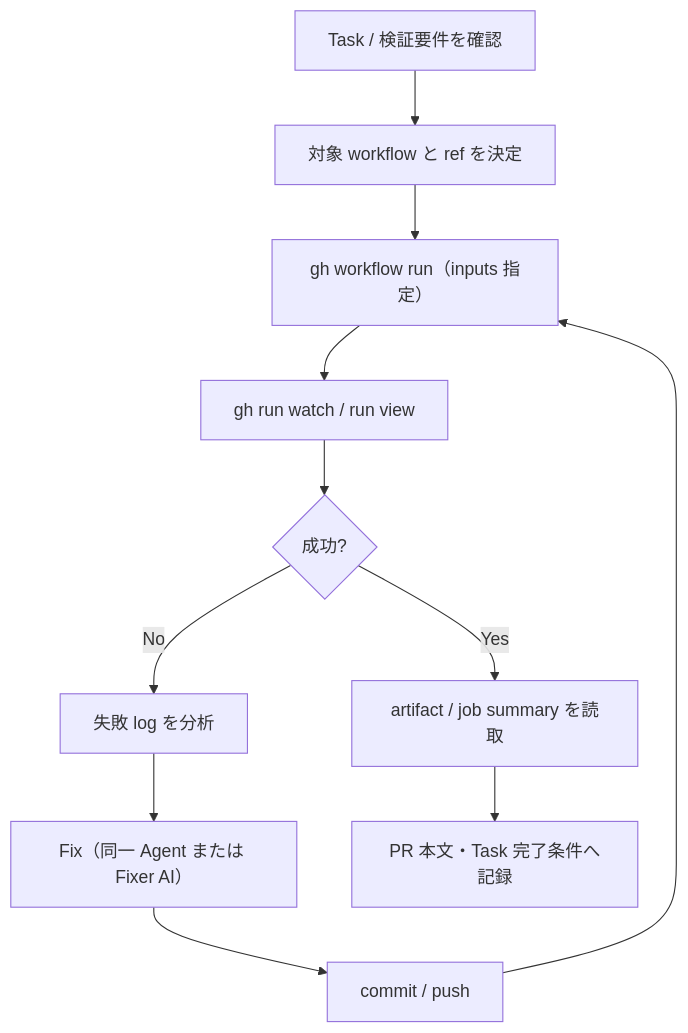
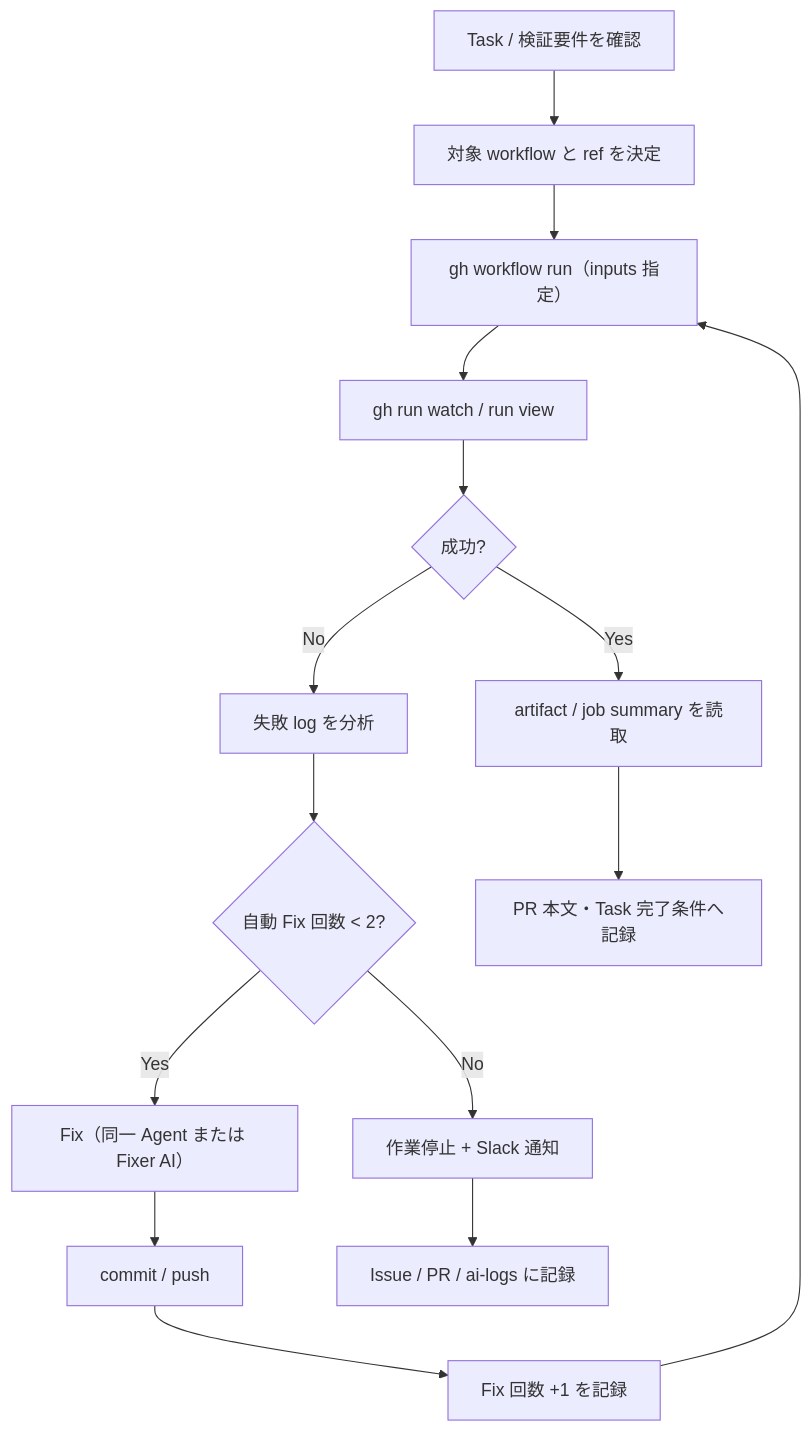
Before and after one commit to ryo-chan-k6/GiftRecommendAPP_MVP_CYCLE_3: the diagram in docs/05_アプリケーション設計/テスト/Layer2 Agent dispatch手順書.md, drawn with Mermaid. The commit also changed other lines of this file and 2 other files, not shown here.

````diff
--- a/docs/05_アプリケーション設計/テスト/Layer2 Agent dispatch手順書.md
+++ b/docs/05_アプリケーション設計/テスト/Layer2 Agent dispatch手順書.md
@@ -98,13 +98,17 @@
 ```mermaid
 flowchart TD
     A[Task / 検証要件を確認] --> B[対象 workflow と ref を決定]
     B --> C["gh workflow run（inputs 指定）"]
     C --> D[gh run watch / run view]
     D --> E{成功?}
     E -->|Yes| F[artifact / job summary を読取]
     E -->|No| G[失敗 log を分析]
-    G --> H[Fix（同一 Agent または Fixer AI）]
+    G --> K{自動 Fix 回数 < 2?}
+    K -->|Yes| H[Fix（同一 Agent または Fixer AI）]
     H --> I[commit / push]
-    I --> C
+    I --> L[Fix 回数 +1 を記録]
+    L --> C
+    K -->|No| M[作業停止 + Slack 通知]
+    M --> N[Issue / PR / ai-logs に記録]
     F --> J[PR 本文・Task 完了条件へ記録]
 ```
````
